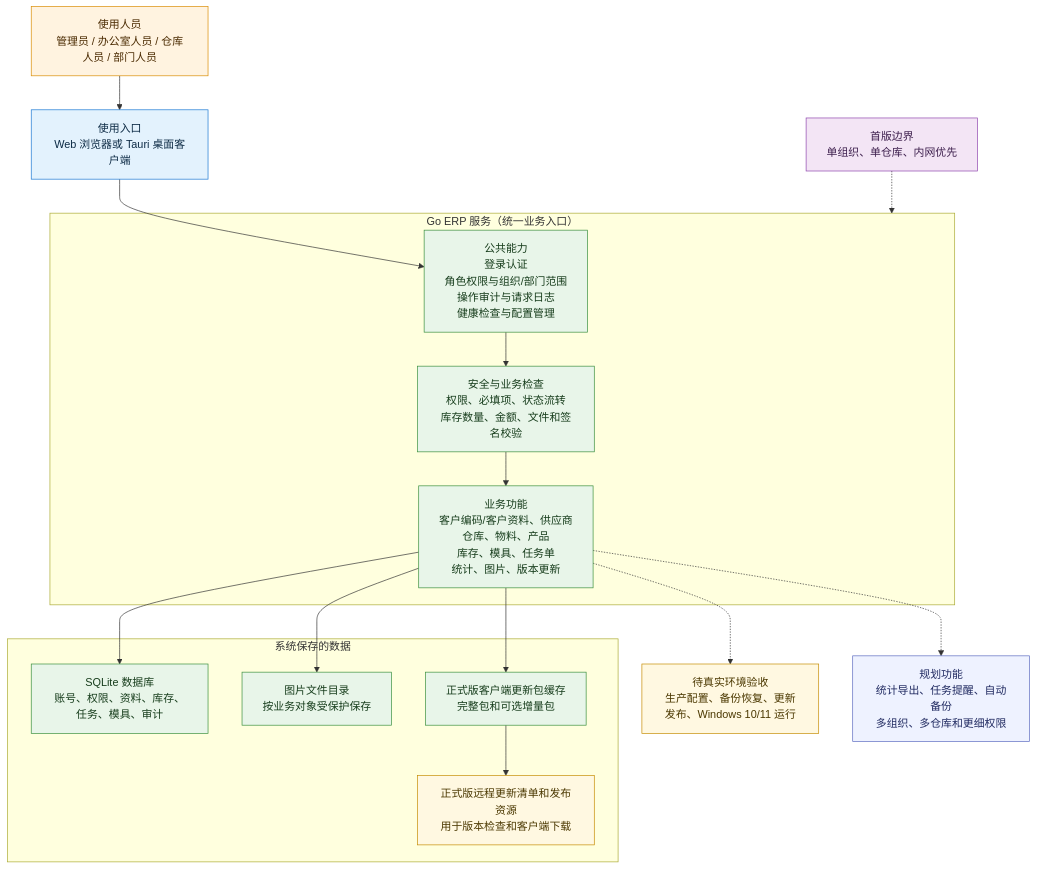
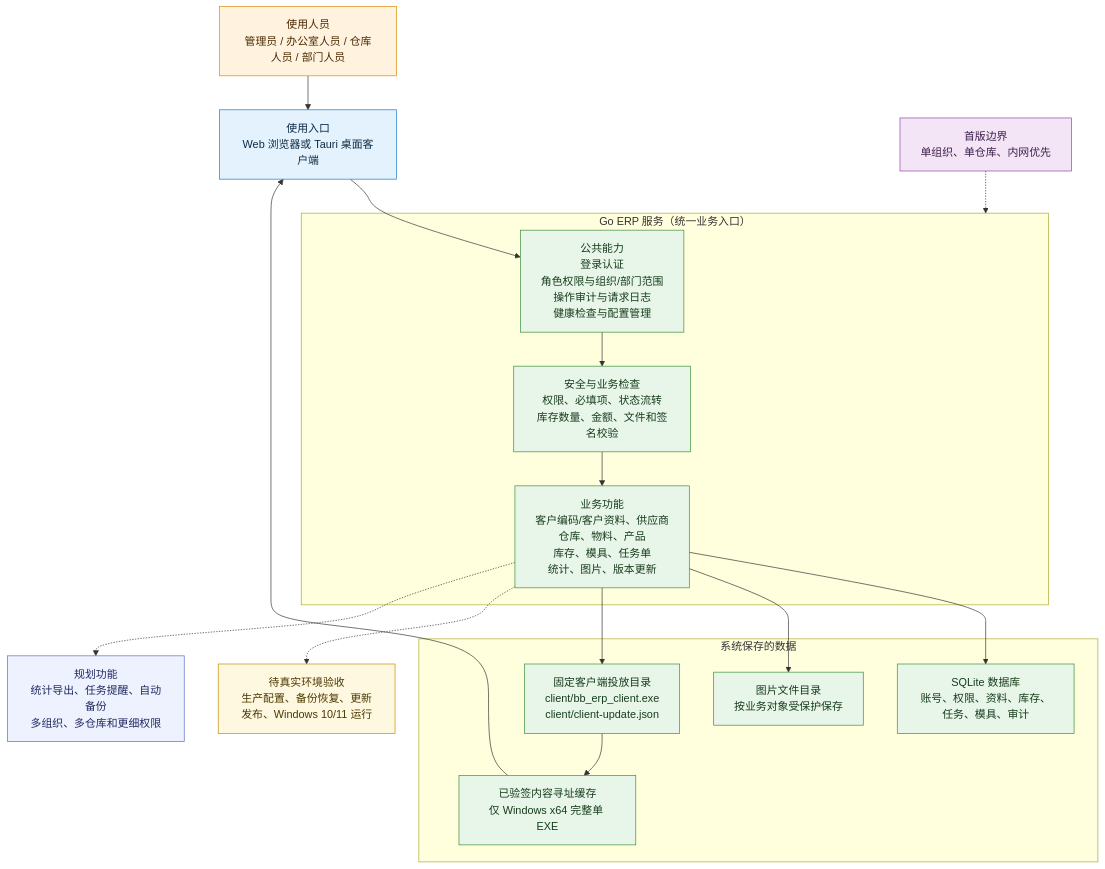
The first of 7 diagrams in docs/BACKEND_ARCHITECTURE.md (SilenceJR/bb_erp_echo), drawn with Mermaid before and after one commit. The commit also changed other lines of this file and 71 other files, not shown here.

Commit message:
refactor: replace updater with LAN single-exe flow

```diff
--- a/docs/BACKEND_ARCHITECTURE.md
+++ b/docs/BACKEND_ARCHITECTURE.md
@@ -19,42 +19,43 @@
 ~~~mermaid
 flowchart TB
     users["使用人员<br/>管理员 / 办公室人员 / 仓库人员 / 部门人员"]:::user
     clients["使用入口<br/>Web 浏览器或 Tauri 桌面客户端"]:::entry
 
     subgraph service["Go ERP 服务（统一业务入口）"]
         common["公共能力<br/>登录认证<br/>角色权限与组织/部门范围<br/>操作审计与请求日志<br/>健康检查与配置管理"]:::done
         domains["业务功能<br/>客户编码/客户资料、供应商<br/>仓库、物料、产品<br/>库存、模具、任务单<br/>统计、图片、版本更新"]:::done
         validation["安全与业务检查<br/>权限、必填项、状态流转<br/>库存数量、金额、文件和签名校验"]:::done
     end
 
     subgraph storage["系统保存的数据"]
         db["SQLite 数据库<br/>账号、权限、资料、库存、任务、模具、审计"]:::done
         files["图片文件目录<br/>按业务对象受保护保存"]:::done
-        cache["正式版客户端更新包缓存<br/>完整包和可选增量包"]:::done
-        remote["正式版远程更新清单和发布资源<br/>用于版本检查和客户端下载"]:::pending
+        drop["固定客户端投放目录<br/>client/bb_erp_client.exe<br/>client/client-update.json"]:::done
+        cache["已验签内容寻址缓存<br/>仅 Windows x64 完整单 EXE"]:::done
     end
 
     users --> clients
     clients --> common
     common --> validation
     validation --> domains
     domains --> db
     domains --> files
-    domains --> cache
-    cache --> remote
+    domains --> drop
+    drop --> cache
+    cache --> clients
 
     acceptance["待真实环境验收<br/>生产配置、备份恢复、更新发布、Windows 10/11 运行"]:::pending
     planned["规划功能<br/>统计导出、任务提醒、自动备份<br/>多组织、多仓库和更细权限"]:::planned
     domains -.-> acceptance
     domains -.-> planned
 
     boundary["首版边界<br/>单组织、单仓库、内网优先"]:::boundary
     boundary -.-> service
 
     classDef user fill:#fff3e0,stroke:#d98c00,color:#4a2a00
     classDef entry fill:#e3f2fd,stroke:#1976d2,color:#0d2b45
     classDef done fill:#e8f5e9,stroke:#388e3c,color:#173d1c
     classDef pending fill:#fff8e1,stroke:#c58b00,color:#4b3800
     classDef planned fill:#eef2ff,stroke:#5c6bc0,color:#202a61
     classDef boundary fill:#f3e5f5,stroke:#8e44ad,color:#3d1f4d
 ~~~
```
